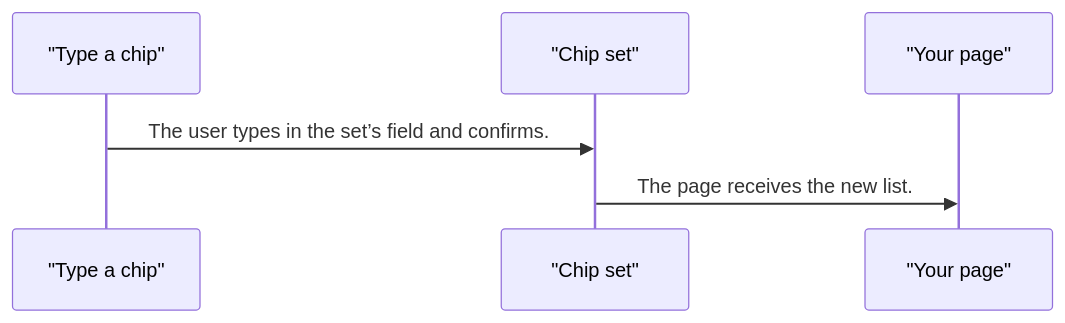
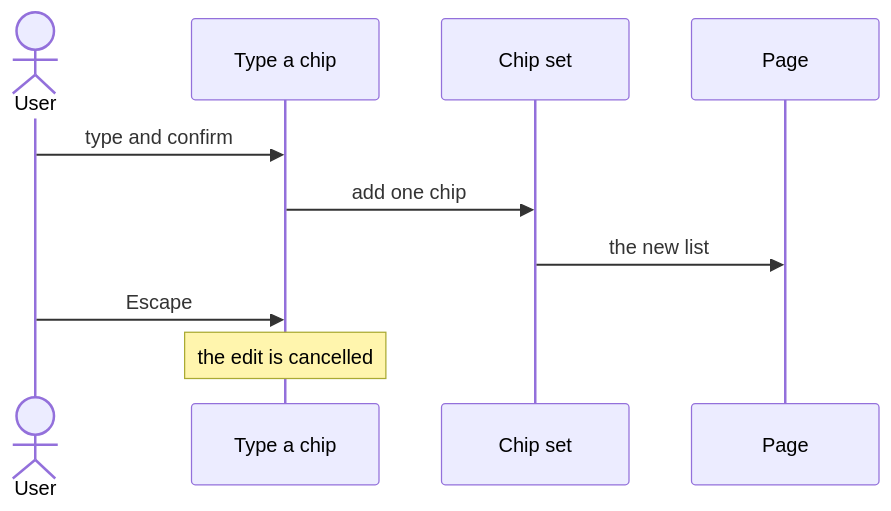
One commit to RajshekharBorate/pixel-ui changed the fourth of 4 diagrams in projects/pixel-ui/src/lib/pixel-chip/DESIGN.md. Above: the diagram before and after it, drawn with Mermaid. The commit also changed other lines of this file and 73 other files, not shown here.

Commit message:
Explain who owns each value and what each flow does in every component and service design.

````diff
--- a/projects/pixel-ui/src/lib/pixel-chip/DESIGN.md
+++ b/projects/pixel-ui/src/lib/pixel-chip/DESIGN.md
@@ -79,8 +101,12 @@
 ```mermaid
 sequenceDiagram
-  participant input as "Type a chip"
-  participant set as "Chip set"
-  participant page as "Your page"
-  input->>set: The user types in the set’s field and confirms.
-  set->>page: The page receives the new list.
+  actor User
+  participant Field as Type a chip
+  participant Set as Chip set
+  participant Page
+  User->>Field: type and confirm
+  Field->>Set: add one chip
+  Set->>Page: the new list
+  User->>Field: Escape
+  Note over Field: the edit is cancelled
 ```
````
